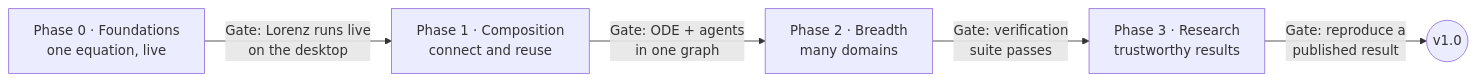
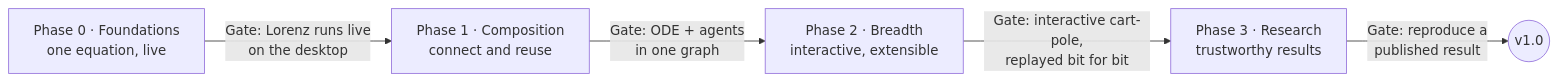
One commit to dylsitarski/SimSandbox changed the diagram in docs/roadmap.md. Above: the diagram before and after it, drawn with Mermaid. The commit also changed other lines of this file and 6 other files, not shown here.

````diff
--- a/docs/roadmap.md
+++ b/docs/roadmap.md
@@ -7,7 +7,7 @@
 ```mermaid
 flowchart LR
   P0["Phase 0 · Foundations<br/>one equation, live"] -->|"Gate: Lorenz runs live<br/>on the desktop"| P1["Phase 1 · Composition<br/>connect and reuse"]
-  P1 -->|"Gate: ODE + agents<br/>in one graph"| P2["Phase 2 · Breadth<br/>many domains"]
-  P2 -->|"Gate: verification<br/>suite passes"| P3["Phase 3 · Research<br/>trustworthy results"]
+  P1 -->|"Gate: ODE + agents<br/>in one graph"| P2["Phase 2 · Breadth<br/>interactive, extensible"]
+  P2 -->|"Gate: interactive cart-pole,<br/>replayed bit for bit"| P3["Phase 3 · Research<br/>trustworthy results"]
   P3 -->|"Gate: reproduce a<br/>published result"| V1((v1.0))
 ```
````
